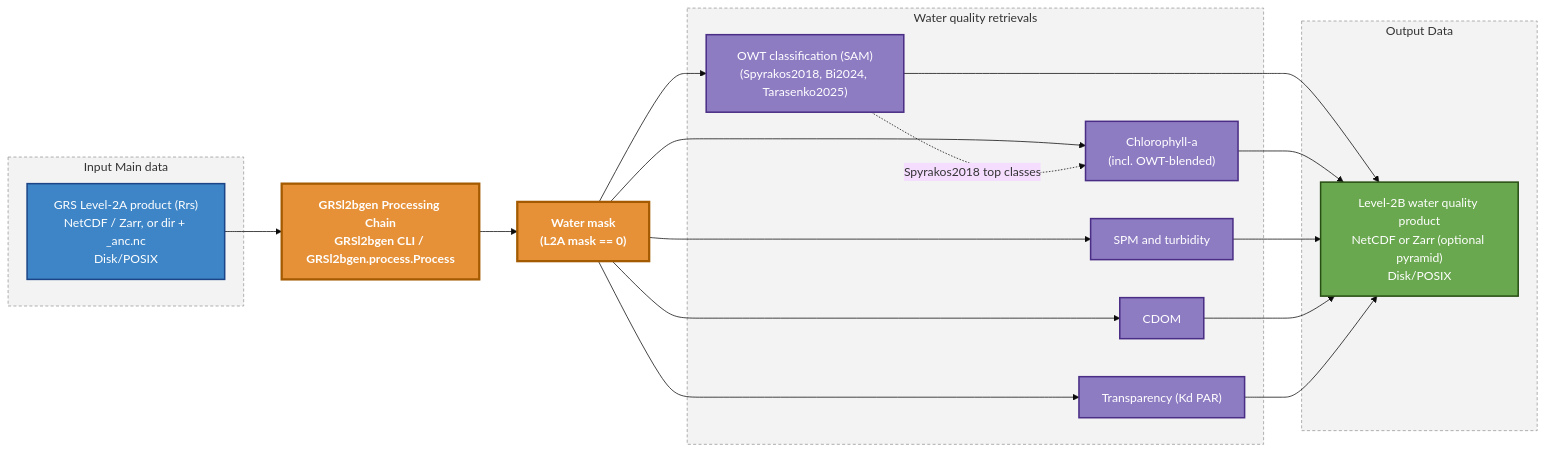
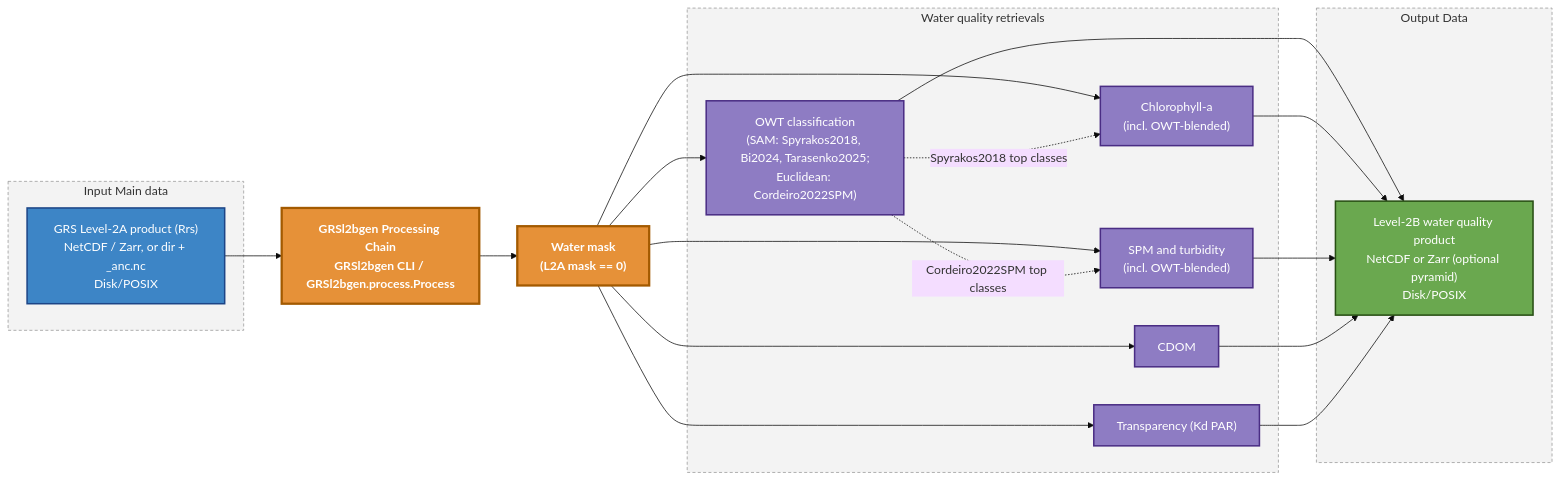
Before and after one commit to Tristanovsk/GRSl2bgen: the diagram in docs/source/_diagrams/dataflow.mmd, drawn with Mermaid (base theme). The commit also changed 4 other files, not shown here.

Commit message:
update docs after merge blended SPM

```diff
--- a/docs/source/_diagrams/dataflow.mmd
+++ b/docs/source/_diagrams/dataflow.mmd
@@ -1,45 +1,46 @@
 flowchart LR
     subgraph main["Input Main data"]
         IN1["GRS Level-2A product (Rrs)<br/>NetCDF / Zarr, or dir + _anc.nc<br/>Disk/POSIX"]
     end
 
     PROC["GRSl2bgen Processing Chain<br/>GRSl2bgen CLI / GRSl2bgen.process.Process"]
     MASK["Water mask<br/>(L2A mask == 0)"]
 
     subgraph steps["Water quality retrievals"]
-        S1["OWT classification (SAM)<br/>(Spyrakos2018, Bi2024, Tarasenko2025)"]
+        S1["OWT classification<br/>(SAM: Spyrakos2018, Bi2024, Tarasenko2025;<br/>Euclidean: Cordeiro2022SPM)"]
         S2["Chlorophyll-a<br/>(incl. OWT-blended)"]
-        S3["SPM and turbidity"]
+        S3["SPM and turbidity<br/>(incl. OWT-blended)"]
         S4["CDOM"]
         S5["Transparency (Kd PAR)"]
     end
 
     subgraph out["Output Data"]
         OUT1["Level-2B water quality product<br/>NetCDF or Zarr (optional pyramid)<br/>Disk/POSIX"]
     end
 
     IN1 --> PROC
     PROC --> MASK
     MASK --> S1
     MASK --> S2
     MASK --> S3
     MASK --> S4
     MASK --> S5
     S1 -. "Spyrakos2018 top classes" .-> S2
+    S1 -. "Cordeiro2022SPM top classes" .-> S3
     S1 --> OUT1
     S2 --> OUT1
     S3 --> OUT1
     S4 --> OUT1
     S5 --> OUT1
 
     classDef mainStyle fill:#3d85c6,stroke:#1c4587,stroke-width:2px,color:#ffffff
     classDef procStyle fill:#e69138,stroke:#a35a00,stroke-width:3px,color:#ffffff,font-weight:bold
     classDef stepStyle fill:#8e7cc3,stroke:#4a2d84,stroke-width:2px,color:#ffffff
     classDef outStyle fill:#6aa84f,stroke:#274e13,stroke-width:2px,color:#ffffff
     classDef groupStyle fill:#f3f3f3,stroke:#999999,stroke-dasharray: 4 3,color:#333333
 
     class IN1 mainStyle
     class PROC,MASK procStyle
     class S1,S2,S3,S4,S5 stepStyle
     class OUT1 outStyle
     class main,steps,out groupStyle
```
